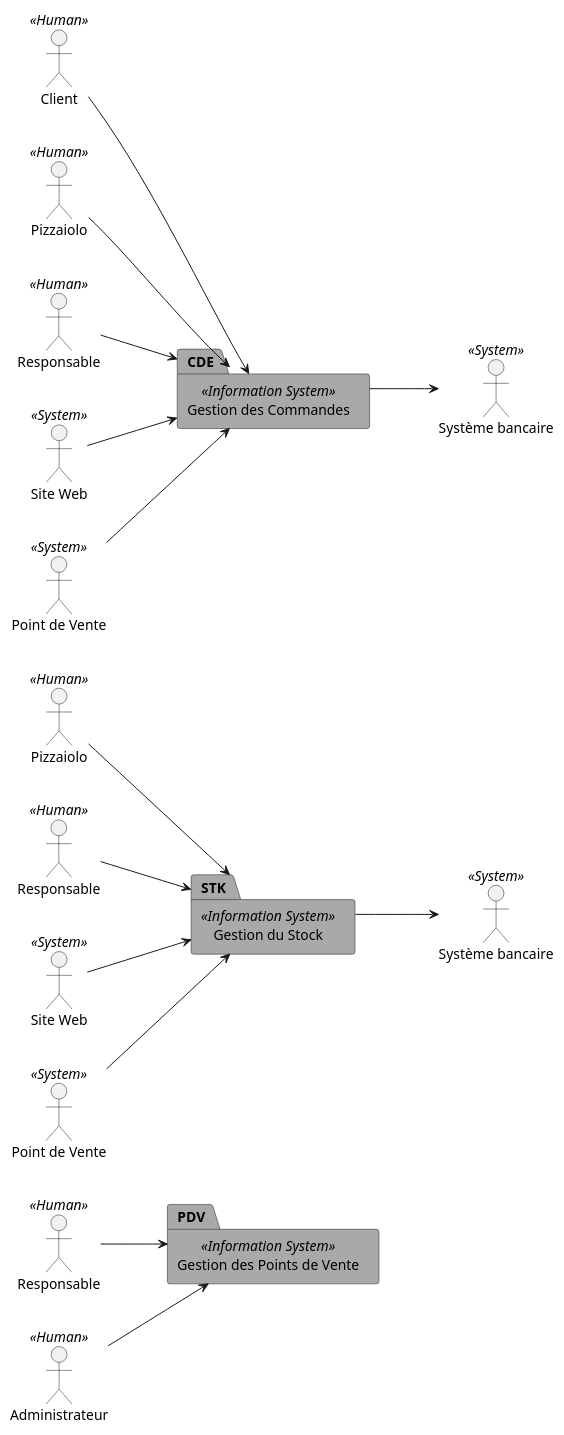
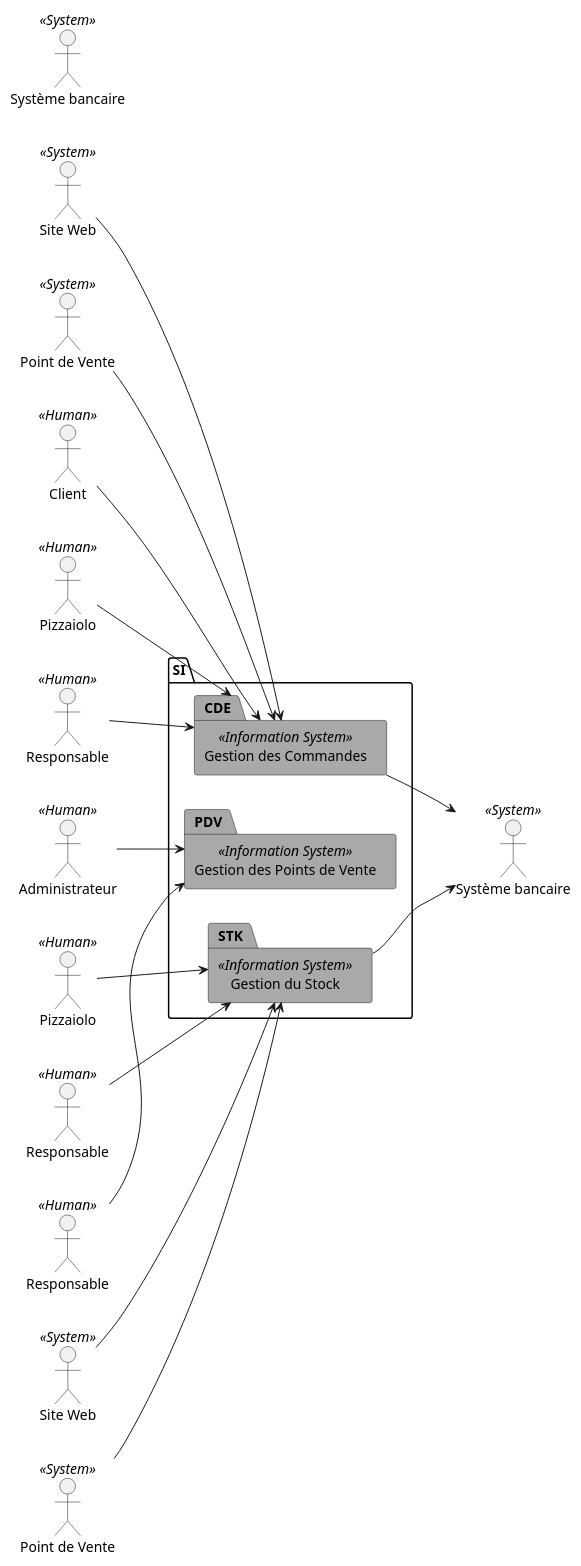
One commit to rvallet/oc-pizza changed the diagram in uml/src/package-diagram.puml. Above: the diagram before and after it, drawn with PlantUML. The commit also changed 7 other files, not shown here.

```diff
--- a/uml/src/package-diagram.puml
+++ b/uml/src/package-diagram.puml
@@ -1,79 +1,63 @@
 @startuml
 /' Start UML Class '/
 
 /' Flow Direction '/
 left to right direction
 
-/' Actor and Entity '/
+/' Actor '/
 :Client: << Human >> as C1
 :Pizzaiolo: << Human >> as P1
 :Pizzaiolo: << Human >> as P2
 :Responsable: << Human >> as R1
 :Responsable: << Human >> as R2
 :Responsable: << Human >> as R3
 :Administrateur: << Human >> as A1
-/':Client: << Human >> as C2'/
 
+/' Entity '/
 :Site Web: << System >> as Web1
 :Site Web: << System >> as Web2
 :Point de Vente: << System >> as PDV1
 :Point de Vente: << System >> as PDV2
 :Système bancaire: << System >> as Bank1
 :Système bancaire: << System >> as Bank2
 
-/' Packages '/
-
-package "Gestion des Commandes" <<Information System>> as "CDE" #A9A9A9 {
-/' Relationship CDE '/
-C1 --> CDE
-P1 --> CDE
-R1 --> CDE
-Web1 --> CDE
-PDV1 --> CDE
-CDE --> Bank1
+package "SI" as SI {
+    package "Gestion des Commandes" <<Information System>> as "CDE" #A9A9A9 {
+    /' Relationship CDE '/
+    C1 --> CDE
+    P1 --> CDE
+    R1 --> CDE
+    Web1 --> CDE
+    PDV1 --> CDE
+    CDE --> Bank1
+    }
+    package "Gestion du Stock" <<Information System>> as "STK" #A9A9A9 {
+    /' Relationship STK '/
+    P2 --> STK
+    R2 --> STK
+    Web2 --> STK
+    PDV2 --> STK
+    STK --> Bank1
+    }
+    package "Gestion des Points de Vente" <<Information System>> as "PDV" #A9A9A9 {
+    /' Relationship PDV '/
+    R3 --> PDV
+    A1 --> PDV
+    }
+    /' Linking entity '/
+    CDE -[hidden]> STK
+    STK -[hidden]> PDV
 }
 
-package "Gestion du Stock" <<Information System>> as STK #A9A9A9 {
-/' Relationship STK '/
-P2 --> STK
-R2 --> STK
-Web2 --> STK
-PDV2 --> STK
-STK --> Bank2
-}
 
-package "Gestion des Points de Vente" <<Information System>> as PDV #A9A9A9 {
-/' Relationship PDV '/
-R3 --> PDV
-A1 --> PDV
-}
+
+/' Ordering actor '/
+PDV1 -[hidden]> P2
+P2 -[hidden]> R2
+R2 -[hidden]> R3
 
 /' Ordering entity '/
-CDE -[hidden]> STK
+/'CDE -[hidden]> STK
 STK -[hidden]> PDV
-/'CDE -[hidden]> STK'/
-
-/' Ordering actor '/
-
-
-/'
-:Main Admin: as Admin
-(Use the application) as (Use)
-
-User -> (Start)
-User --> (Use)
-
-Admin ---> (Use)
-
-note right of Admin : This is an example.
-
-note right of (Use)
-A note can also
-be on several lines
-end note
-
-note "This note is connected\nto several objects." as N2
-(Start) .. N2
-N2 .. (Use)
-'/
+CDE -[hidden]> STK'/
 @enduml
```
